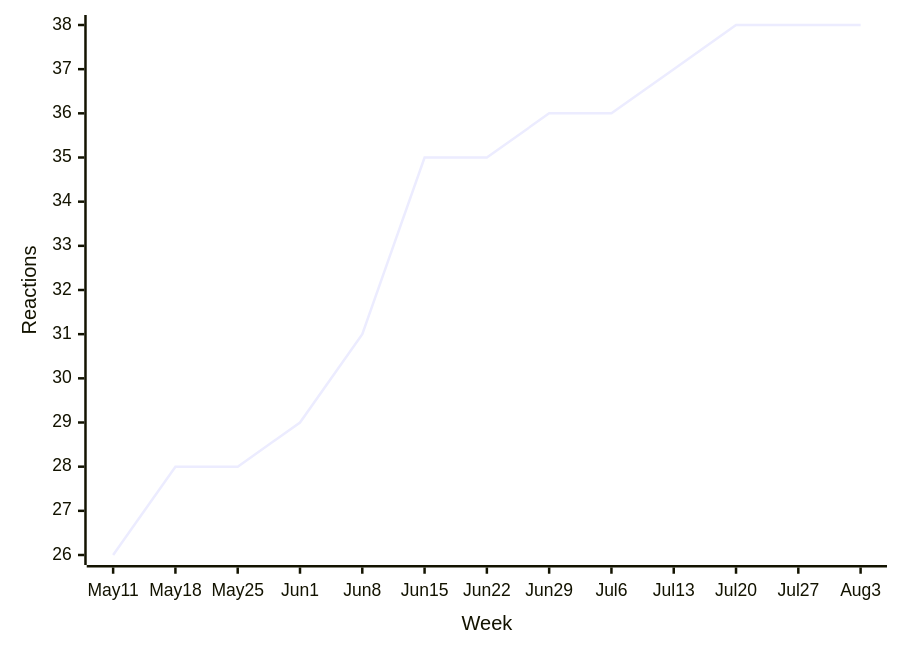
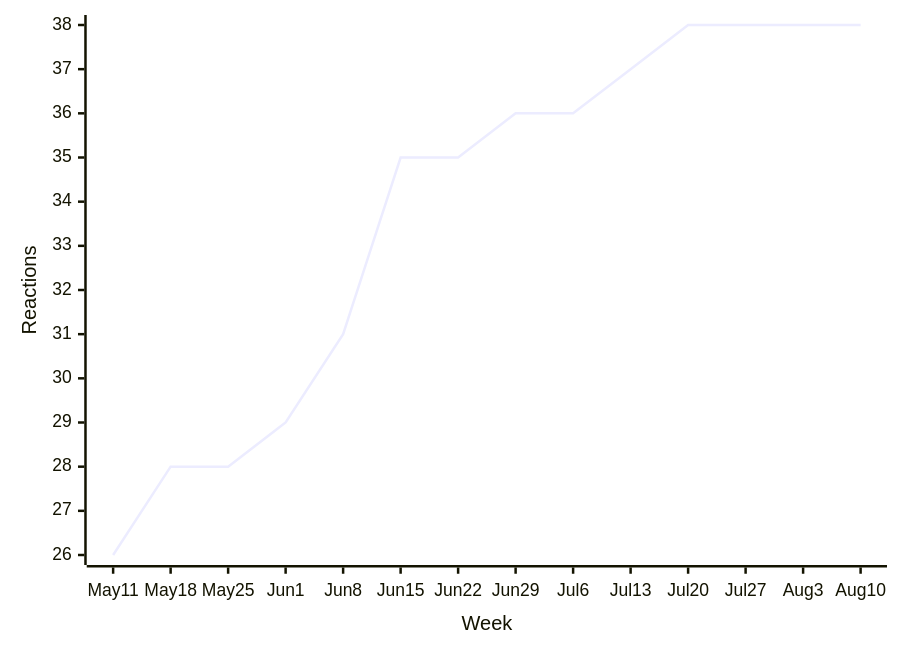
Before and after one commit to loic-sharma/github-insights: diagram 15 of 43 in README.md, drawn with Mermaid. The commit also changed other lines of this file and 3 other files, not shown here.

````diff
--- a/README.md
+++ b/README.md
@@ -577,6 +577,6 @@
   ```mermaid
   xychart-beta
-    x-axis "Week" [May 11, May 18, May 25, Jun 1, Jun 8, Jun 15, Jun 22, Jun 29, Jul 6, Jul 13, Jul 20, Jul 27, Aug 3]
+    x-axis "Week" [May 11, May 18, May 25, Jun 1, Jun 8, Jun 15, Jun 22, Jun 29, Jul 6, Jul 13, Jul 20, Jul 27, Aug 3, Aug 10]
     y-axis "Reactions"
-    line [26, 28, 28, 29, 31, 35, 35, 36, 36, 37, 38, 38, 38]
+    line [26, 28, 28, 29, 31, 35, 35, 36, 36, 37, 38, 38, 38, 38]
   ```
````
